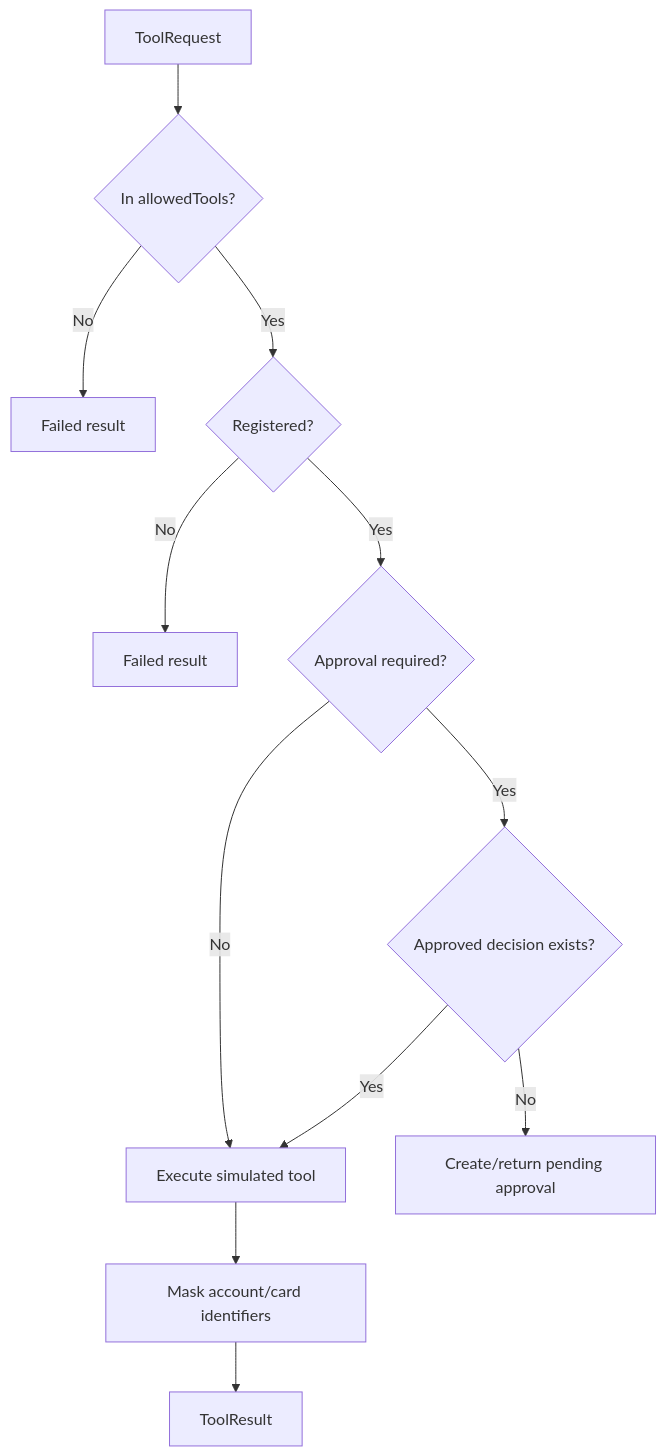
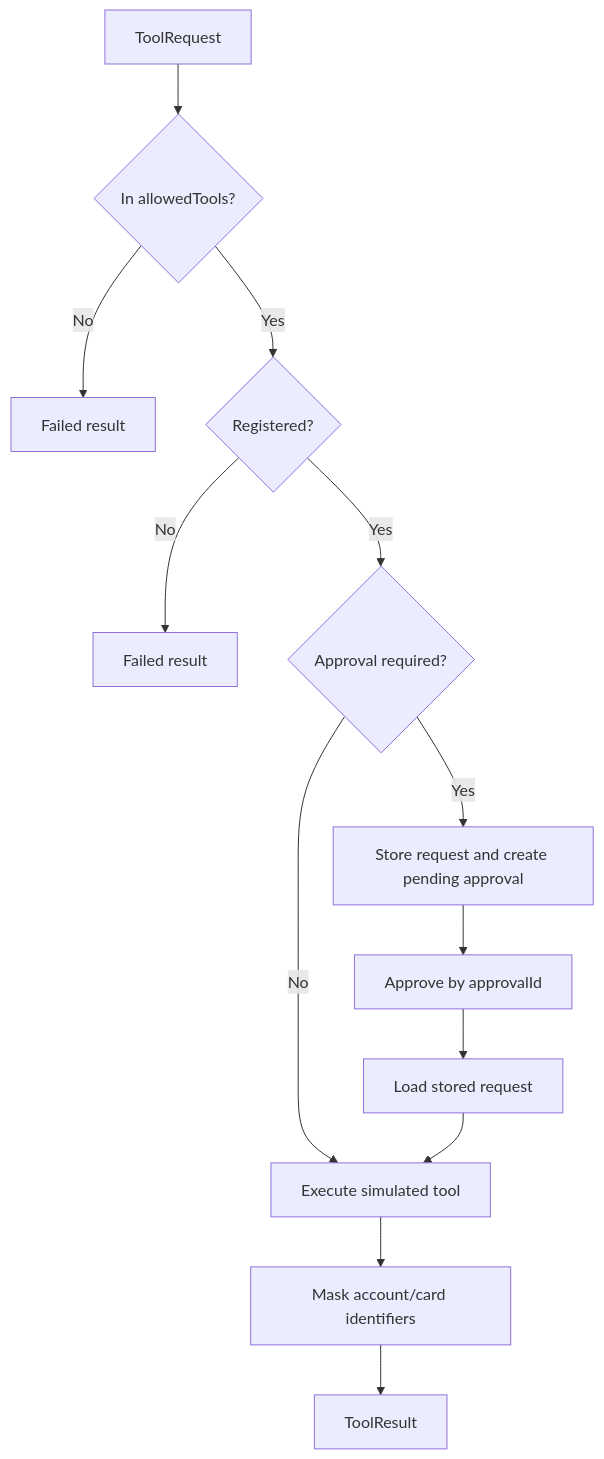
One commit to rawalpuneet1209/ai-foundry changed the eighth of 8 diagrams in docs/ARCHITECTURE.md. Above: the diagram before and after it, drawn with Mermaid. The commit also changed other lines of this file and 33 other files, not shown here.

````diff
--- a/docs/ARCHITECTURE.md
+++ b/docs/ARCHITECTURE.md
@@ -273,14 +275,15 @@
 ```mermaid
 flowchart TD
     ToolRequest --> Allowed{In allowedTools?}
     Allowed -- No --> Denied[Failed result]
     Allowed -- Yes --> Registered{Registered?}
     Registered -- No --> Missing[Failed result]
     Registered -- Yes --> Approval{Approval required?}
     Approval -- No --> Execute[Execute simulated tool]
-    Approval -- Yes --> Decision{Approved decision exists?}
-    Decision -- No --> Pending[Create/return pending approval]
-    Decision -- Yes --> Execute
+    Approval -- Yes --> Pending[Store request and create pending approval]
+    Pending --> Approve[Approve by approvalId]
+    Approve --> Load[Load stored request]
+    Load --> Execute
     Execute --> Mask[Mask account/card identifiers]
     Mask --> ToolResult
 ```
````
